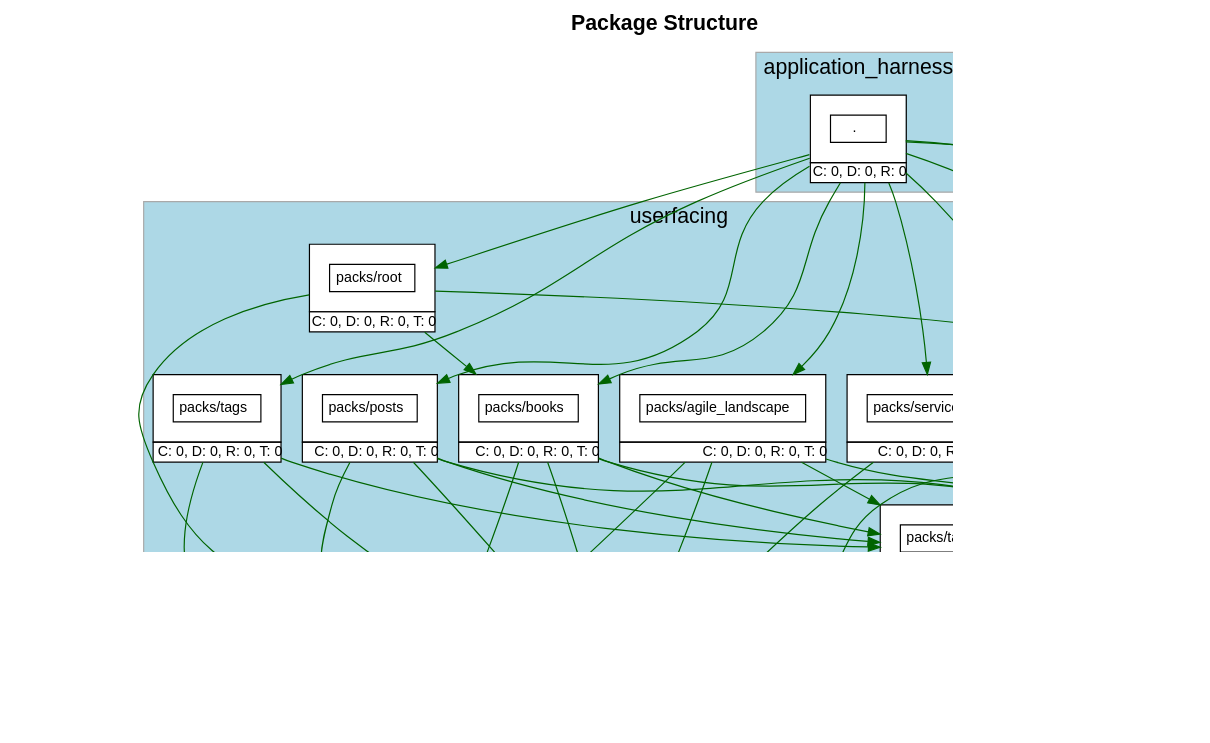
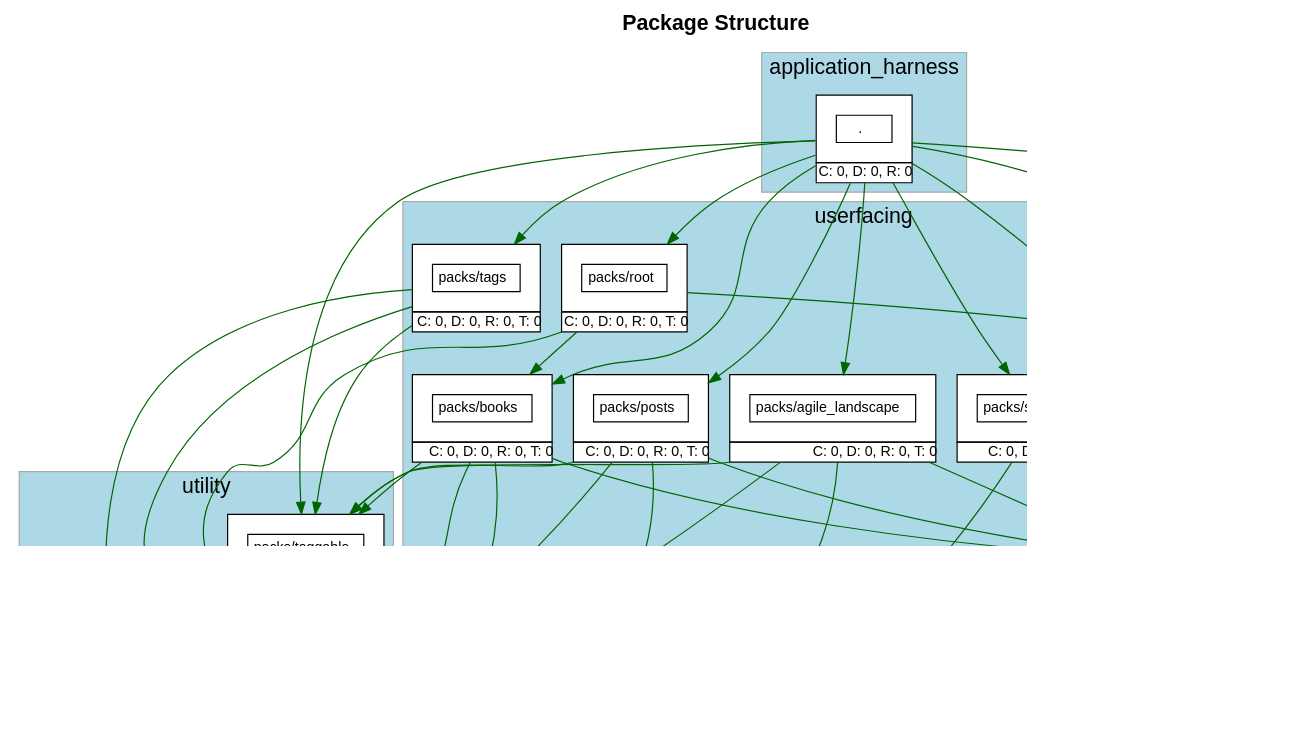
The diagram in packs.dot (shageman/stephanhagemann.com), drawn with Graphviz before and after one commit. The commit also changed 1 other file, not shown here.

Commit message:
Fix layer of taggable pack

```diff
--- a/packs.dot
+++ b/packs.dot
@@ -137,19 +137,6 @@
               >
           ]
         
-        "packs/taggable" [
-            fontsize=12.0
-            label= <
-                <table border='0' cellborder='1' cellspacing='0' cellpadding='16'><tr><td>
-                  <table border='0' cellborder='1' cellspacing='0' cellpadding='4'>
-                    <tr> <td port='private'> packs/taggable </td> </tr>
-                  </table>
-                  </td></tr>
-                  <tr><td CELLPADDING='1' ALIGN='RIGHT'>D: 0, R: 0, T: 0</td></tr>
-                  </table>
-              >
-          ]
-        
         "packs/tags" [
             fontsize=12.0
             label= <
@@ -171,7 +158,6 @@
               "." -> "packs/root" [ style=invis ]
               "." -> "packs/services" [ style=invis ]
               "." -> "packs/speaking" [ style=invis ]
-              "." -> "packs/taggable" [ style=invis ]
               "." -> "packs/tags" [ style=invis ]
     subgraph utility {
       shape=box
@@ -206,6 +192,19 @@
               >
           ]
         
+        "packs/taggable" [
+            fontsize=12.0
+            label= <
+                <table border='0' cellborder='1' cellspacing='0' cellpadding='16'><tr><td>
+                  <table border='0' cellborder='1' cellspacing='0' cellpadding='4'>
+                    <tr> <td port='private'> packs/taggable </td> </tr>
+                  </table>
+                  </td></tr>
+                  <tr><td CELLPADDING='1' ALIGN='RIGHT'>D: 0, R: 0, T: 0</td></tr>
+                  </table>
+              >
+          ]
+        
     }
               "packs/agile_landscape" -> "packs/backlinks" [ style=invis ]
               "packs/books" -> "packs/backlinks" [ style=invis ]
@@ -214,7 +213,6 @@
               "packs/root" -> "packs/backlinks" [ style=invis ]
               "packs/services" -> "packs/backlinks" [ style=invis ]
               "packs/speaking" -> "packs/backlinks" [ style=invis ]
-              "packs/taggable" -> "packs/backlinks" [ style=invis ]
               "packs/tags" -> "packs/backlinks" [ style=invis ]
               "packs/agile_landscape" -> "packs/rails_shims" [ style=invis ]
               "packs/books" -> "packs/rails_shims" [ style=invis ]
@@ -223,8 +221,15 @@
               "packs/root" -> "packs/rails_shims" [ style=invis ]
               "packs/services" -> "packs/rails_shims" [ style=invis ]
               "packs/speaking" -> "packs/rails_shims" [ style=invis ]
-              "packs/taggable" -> "packs/rails_shims" [ style=invis ]
               "packs/tags" -> "packs/rails_shims" [ style=invis ]
+              "packs/agile_landscape" -> "packs/taggable" [ style=invis ]
+              "packs/books" -> "packs/taggable" [ style=invis ]
+              "packs/contact" -> "packs/taggable" [ style=invis ]
+              "packs/posts" -> "packs/taggable" [ style=invis ]
+              "packs/root" -> "packs/taggable" [ style=invis ]
+              "packs/services" -> "packs/taggable" [ style=invis ]
+              "packs/speaking" -> "packs/taggable" [ style=invis ]
+              "packs/tags" -> "packs/taggable" [ style=invis ]
     subgraph NotInLayer {
       shape=box
       color=darkgrey
```
